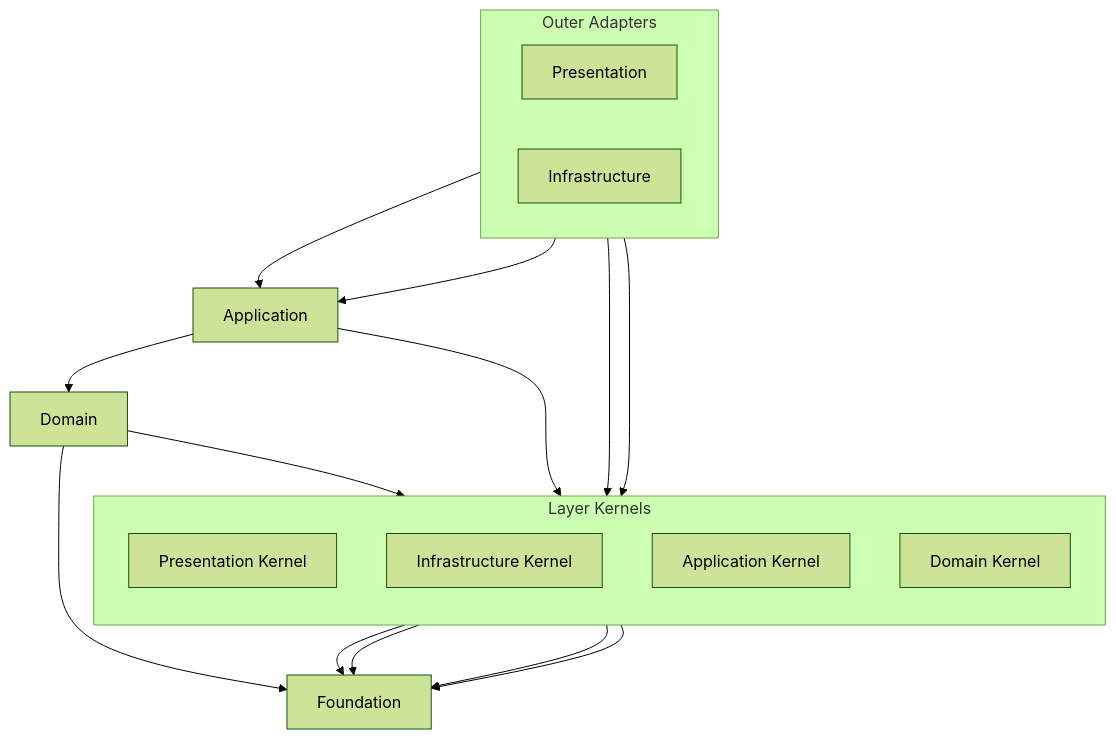
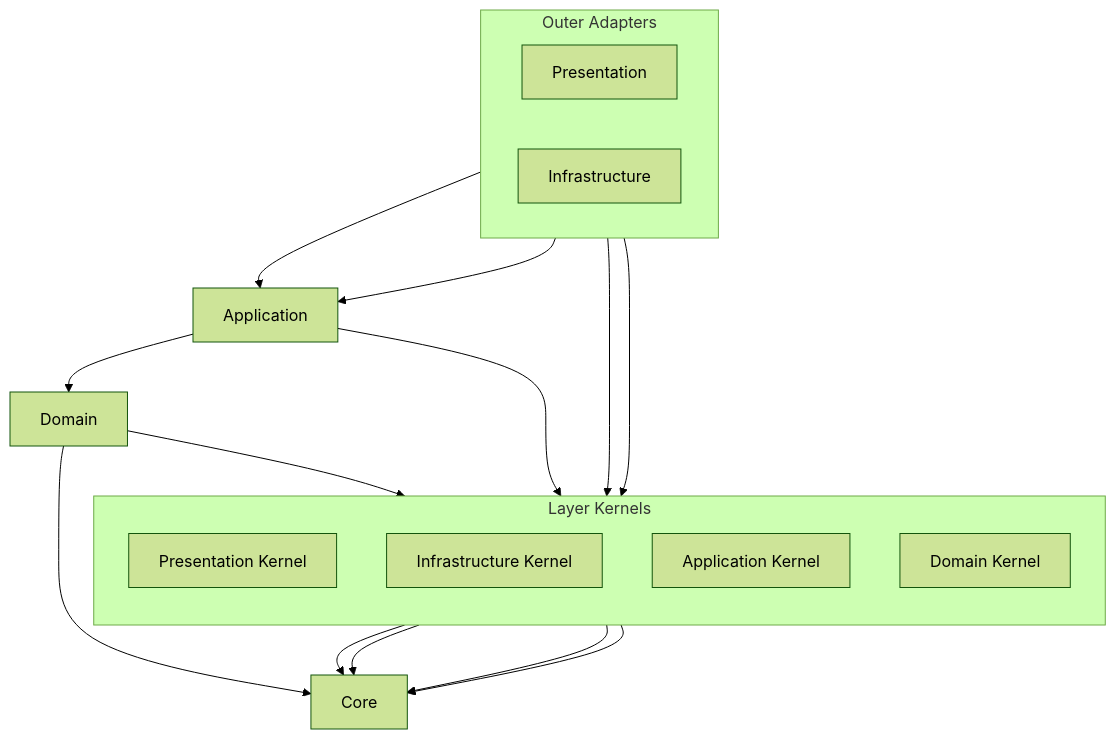
The diagram in apps/api/docs/en/source-dependency.md (makeUgreat/FixME), drawn with Mermaid (forest theme) before and after one commit. The commit also changed other lines of this file and 162 other files, not shown here.

First line of the commit message:
refactor(api): align source tree with architecture boundaries (#30)

````diff
--- a/apps/api/docs/en/source-dependency.md
+++ b/apps/api/docs/en/source-dependency.md
@@ -23,34 +23,34 @@
 ```mermaid
 flowchart TB
   subgraph adapters[Outer Adapters]
     direction LR
     presentation[Presentation]
     infrastructure[Infrastructure]
   end
 
   application[Application]
   domain[Domain]
-  foundation[Foundation]
+  core[Core]
 
   subgraph kernels[Layer Kernels]
     direction TB
     presentationKernel[Presentation Kernel]
     infrastructureKernel[Infrastructure Kernel]
     applicationKernel[Application Kernel]
     domainKernel[Domain Kernel]
   end
 
   presentation --> application
   infrastructure --> application
   application --> domain
-  domain --> foundation
+  domain --> core
 
   presentation --> presentationKernel
   infrastructure --> infrastructureKernel
   application --> applicationKernel
   domain --> domainKernel
-  presentationKernel --> foundation
-  infrastructureKernel --> foundation
-  applicationKernel --> foundation
-  domainKernel --> foundation
+  presentationKernel --> core
+  infrastructureKernel --> core
+  applicationKernel --> core
+  domainKernel --> core
 ```
````
